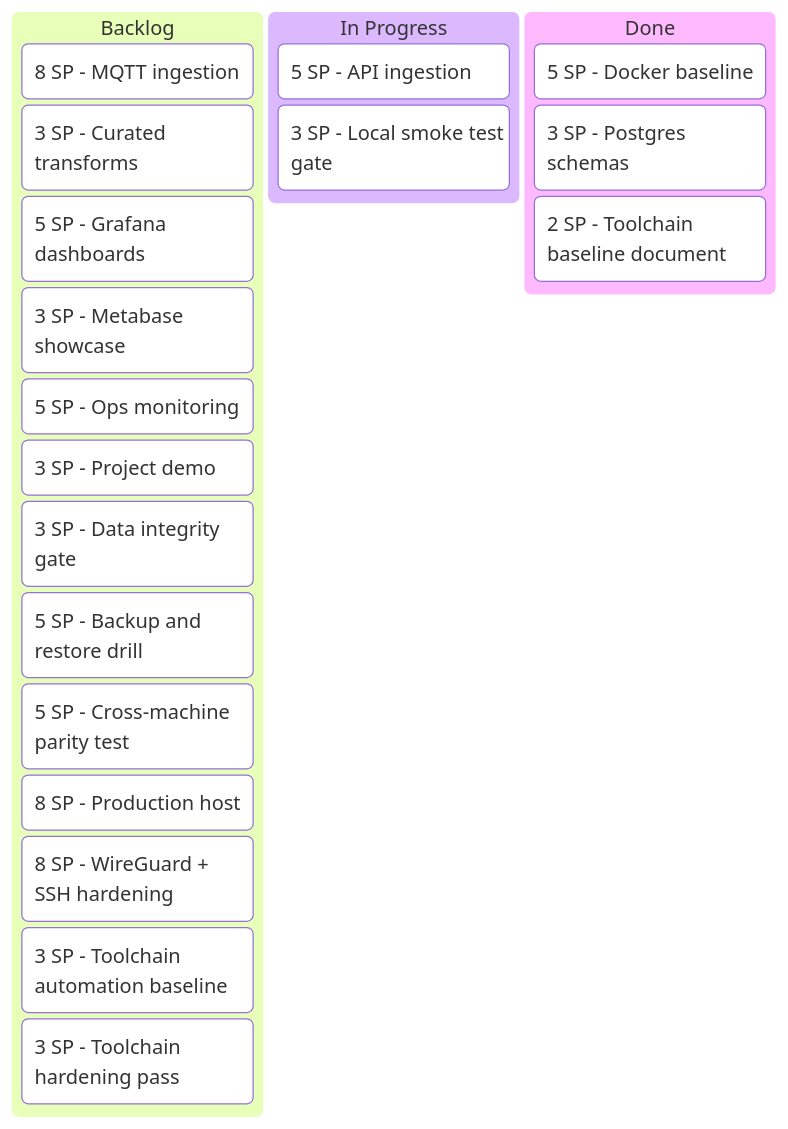
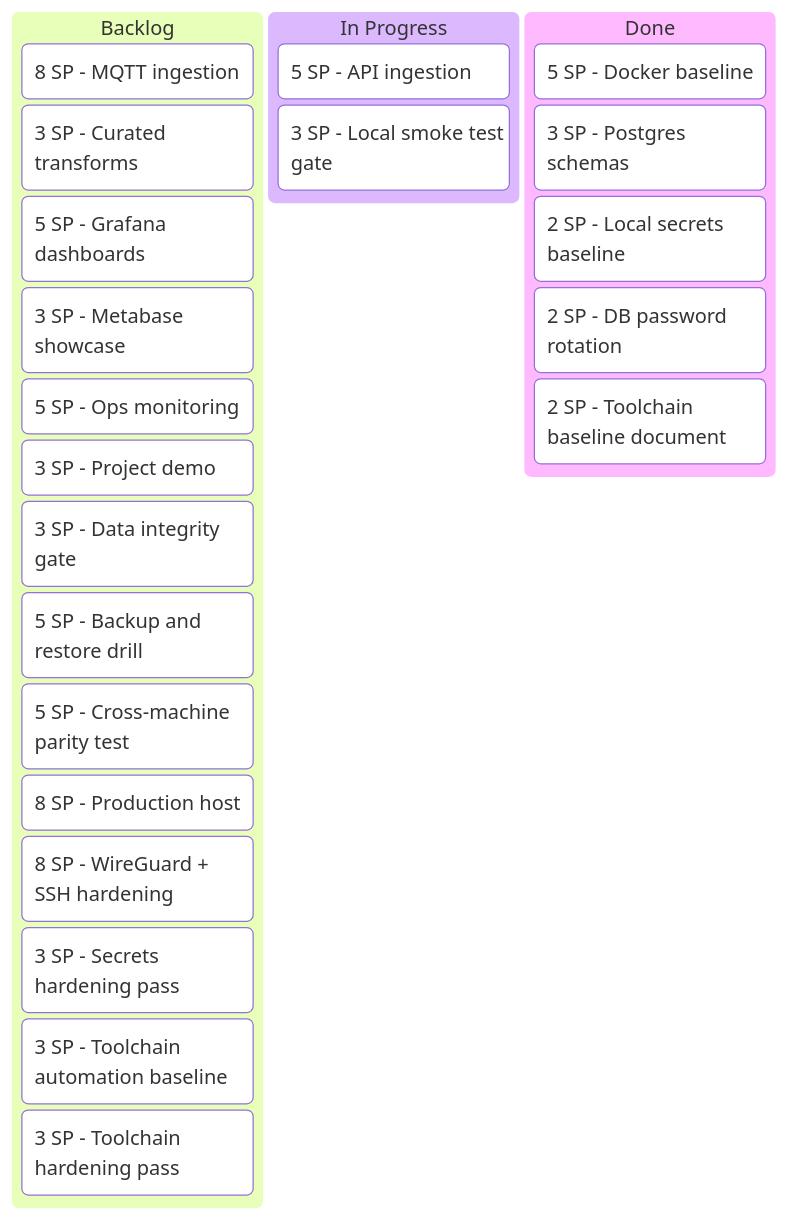
The diagram in docs/architecture/diagrams/project-kanban.mmd (EnTekLasse/commons-anchor), drawn with Mermaid before and after one commit. The commit also changed 16 other files, not shown here.

First line of the commit message:
feat: add Energinet ingestion flow and hardening baseline

```diff
--- a/docs/architecture/diagrams/project-kanban.mmd
+++ b/docs/architecture/diagrams/project-kanban.mmd
@@ -1,40 +1,46 @@
 %% AUTO-GENERATED FROM docs/architecture/diagram-model.json
 kanban
   Backlog
     [8 SP - MQTT ingestion]
 
     [3 SP - Curated transforms]
 
     [5 SP - Grafana dashboards]
 
     [3 SP - Metabase showcase]
 
     [5 SP - Ops monitoring]
 
     [3 SP - Project demo]
 
     [3 SP - Data integrity gate]
 
     [5 SP - Backup and restore drill]
 
     [5 SP - Cross-machine parity test]
 
     [8 SP - Production host]
 
     [8 SP - WireGuard + SSH hardening]
 
+    [3 SP - Secrets hardening pass]
+
     [3 SP - Toolchain automation baseline]
 
     [3 SP - Toolchain hardening pass]
 
   [In Progress]
     [5 SP - API ingestion]
 
     [3 SP - Local smoke test gate]
 
   Done
     [5 SP - Docker baseline]
 
     [3 SP - Postgres schemas]
 
+    [2 SP - Local secrets baseline]
+
+    [2 SP - DB password rotation]
+
     [2 SP - Toolchain baseline document]
```
